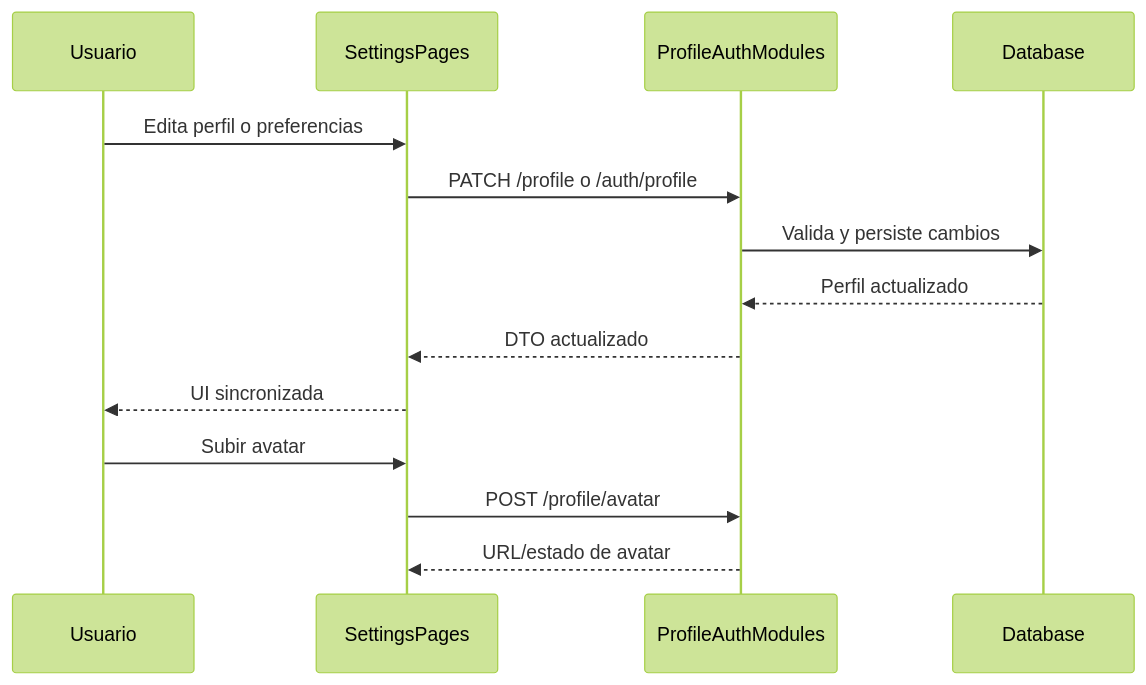
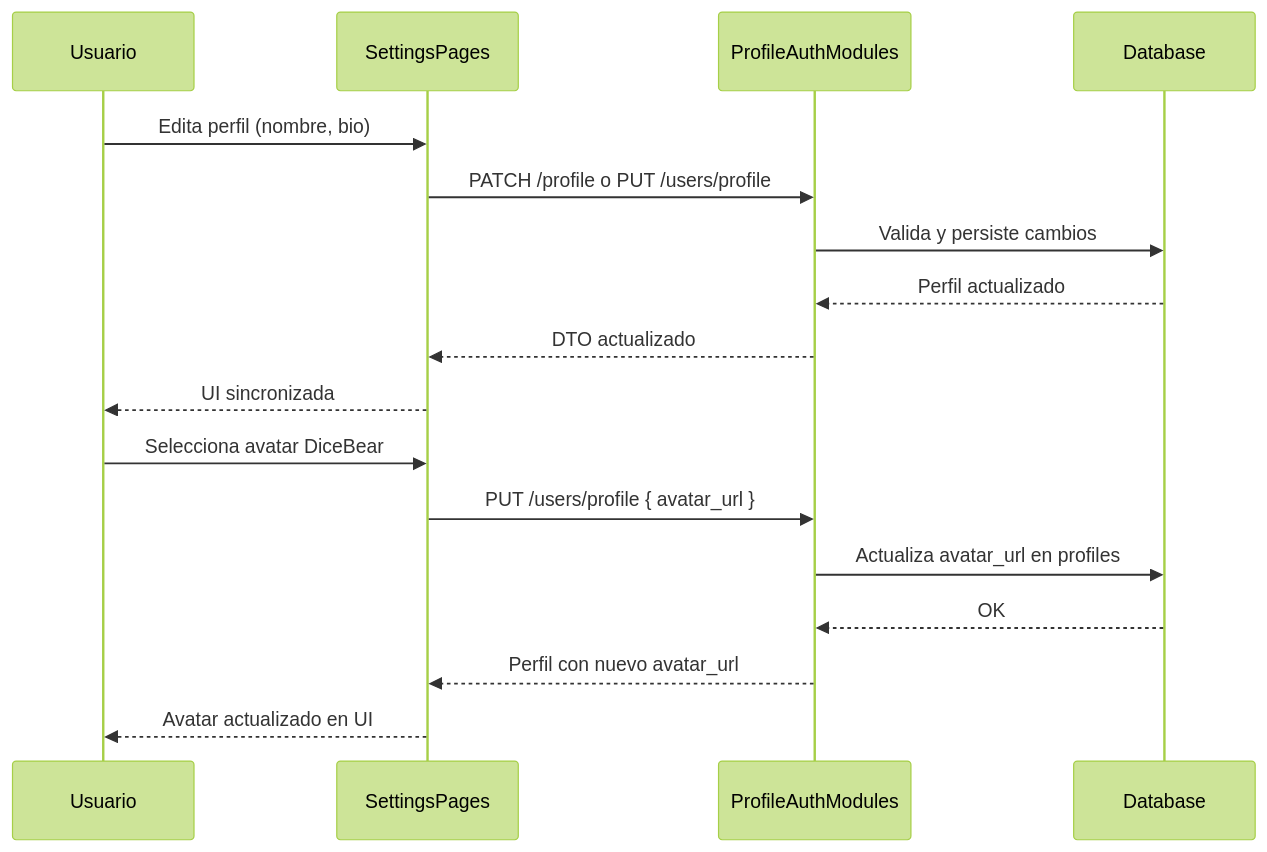
One commit to rckrdmrd/gamilit-workspace changed the diagram in docs/30-ux-ui/flujos/shared/FLUJO-PERFIL-CONFIGURACION.md. Above: the diagram before and after it, drawn with Mermaid (forest theme). The commit also changed other lines of this file and 638 other files, not shown here.

````diff
--- a/docs/30-ux-ui/flujos/shared/FLUJO-PERFIL-CONFIGURACION.md
+++ b/docs/30-ux-ui/flujos/shared/FLUJO-PERFIL-CONFIGURACION.md
@@ -15,18 +15,21 @@
 ```mermaid
 sequenceDiagram
     participant U as Usuario
     participant FE as SettingsPages
     participant BE as ProfileAuthModules
     participant DB as Database
 
-    U->>FE: Edita perfil o preferencias
-    FE->>BE: PATCH /profile o /auth/profile
+    U->>FE: Edita perfil (nombre, bio)
+    FE->>BE: PATCH /profile o PUT /users/profile
     BE->>DB: Valida y persiste cambios
     DB-->>BE: Perfil actualizado
     BE-->>FE: DTO actualizado
     FE-->>U: UI sincronizada
 
-    U->>FE: Subir avatar
-    FE->>BE: POST /profile/avatar
-    BE-->>FE: URL/estado de avatar
+    U->>FE: Selecciona avatar DiceBear
+    FE->>BE: PUT /users/profile { avatar_url }
+    BE->>DB: Actualiza avatar_url en profiles
+    DB-->>BE: OK
+    BE-->>FE: Perfil con nuevo avatar_url
+    FE-->>U: Avatar actualizado en UI
 ```
````
